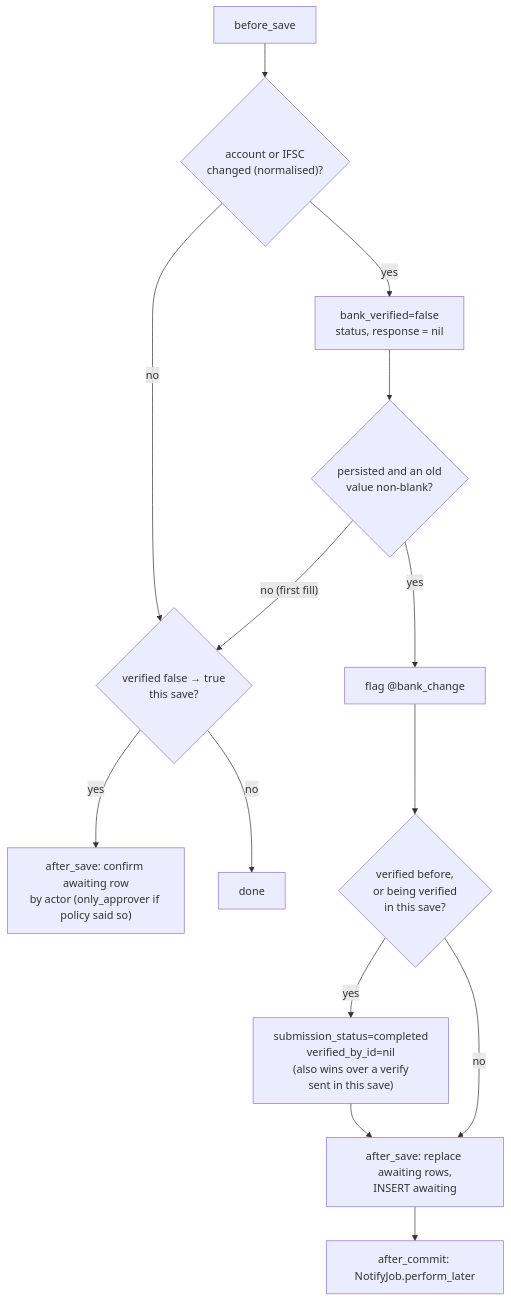
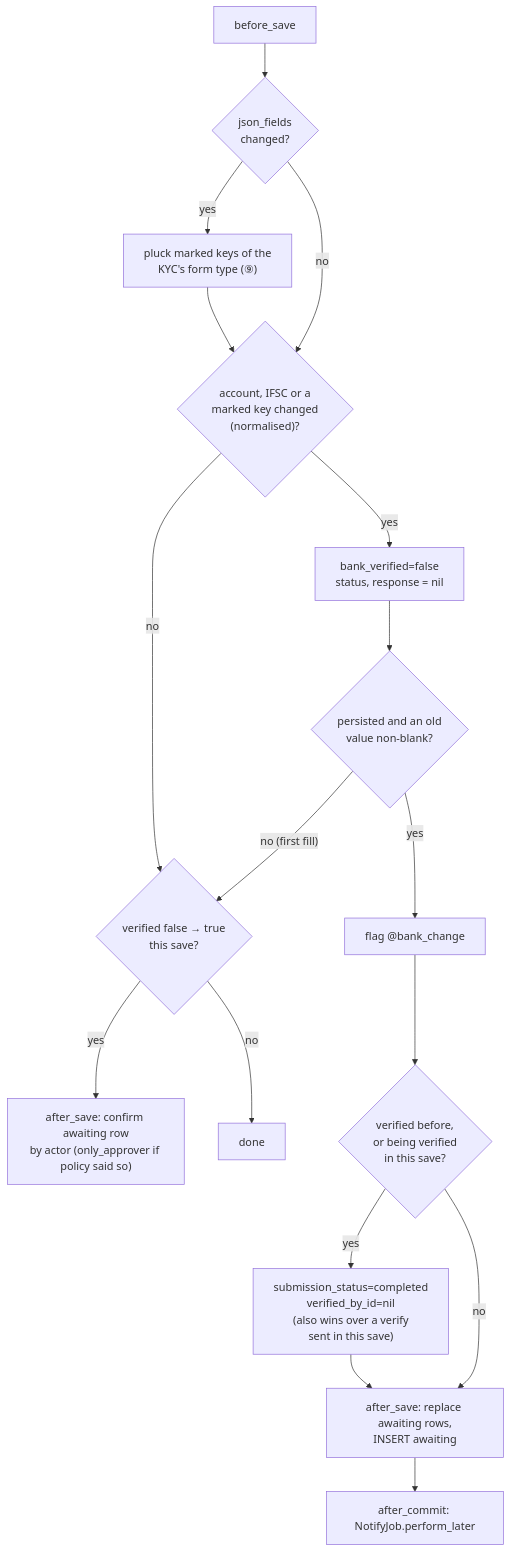
Diagram 11 of 18 in openspec/changes/bank-detail-change-controls/design.md (sampadadiwan/IRM_CompanyMain), drawn with Mermaid before and after one commit. The commit also changed other lines of this file and 10 other files, not shown here.

````diff
--- a/openspec/changes/bank-detail-change-controls/design.md
+++ b/openspec/changes/bank-detail-change-controls/design.md
@@ -766,16 +894,19 @@
 ```mermaid
 flowchart TD
-    S["before_save"] --> P{"account or IFSC<br/>changed (normalised)?"}
+    S["before_save"] --> J{"json_fields<br/>changed?"}
+    J -- "yes" --> K["pluck marked keys of the<br/>KYC's form type (⑨)"]
+    J -- "no" --> P
+    K --> P{"account, IFSC or a<br/>marked key changed<br/>(normalised)?"}
     P -- "no" --> V{"verified false → true<br/>this save?"}
     P -- "yes" --> C["bank_verified=false<br/>status, response = nil"]
     C --> NB{"persisted and an old<br/>value non-blank?"}
     NB -- "no (first fill)" --> V
     NB -- "yes" --> BC["flag @bank_change"]
     BC --> WV{"verified before,<br/>or being verified<br/>in this save?"}
     WV -- "yes" --> UV["submission_status=completed<br/>verified_by_id=nil<br/>(also wins over a verify<br/>sent in this save)"]
     WV -- "no" --> AS
     UV --> AS["after_save: replace awaiting rows,<br/>INSERT awaiting"]
     V -- "yes" --> CF["after_save: confirm awaiting row<br/>by actor (only_approver if policy said so)"]
     V -- "no" --> E["done"]
     AS --> AC["after_commit: NotifyJob.perform_later"]
 ```
````
